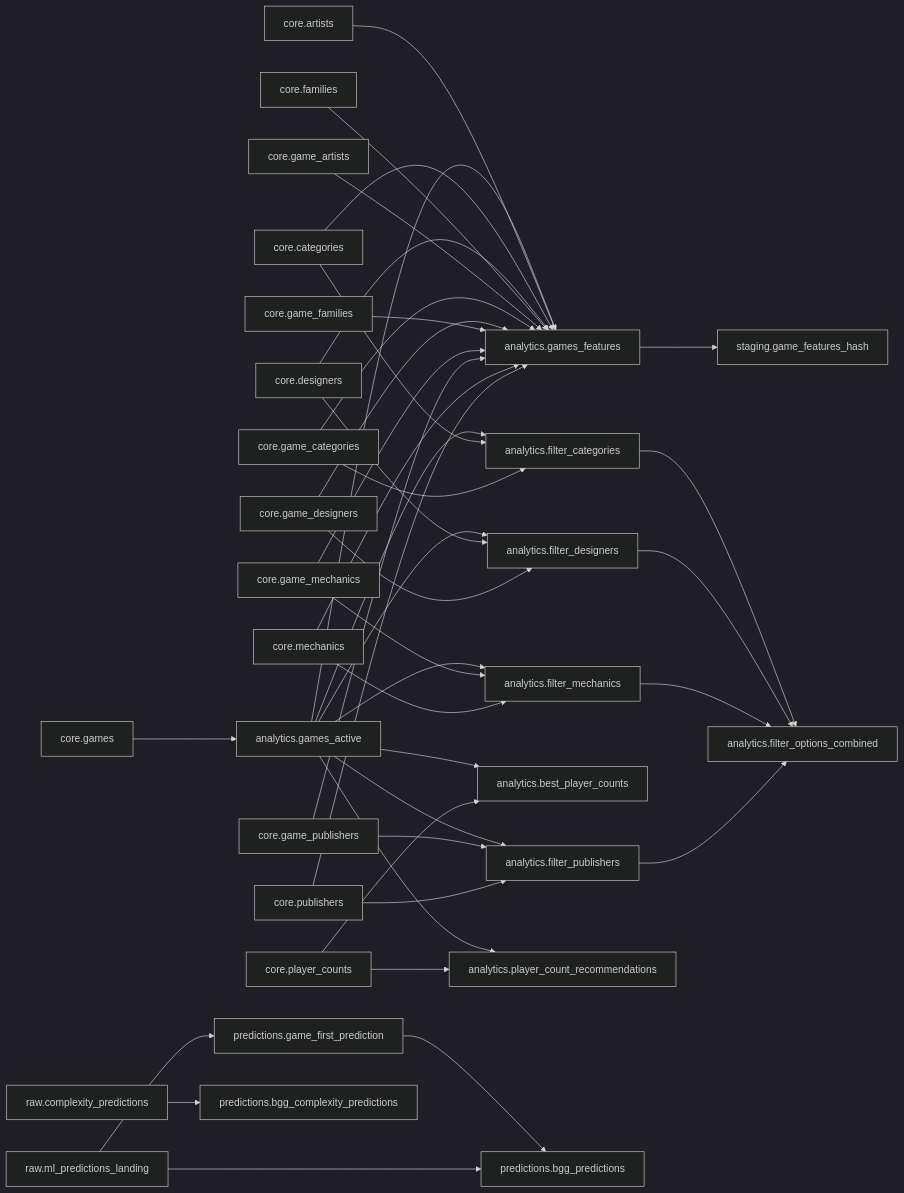
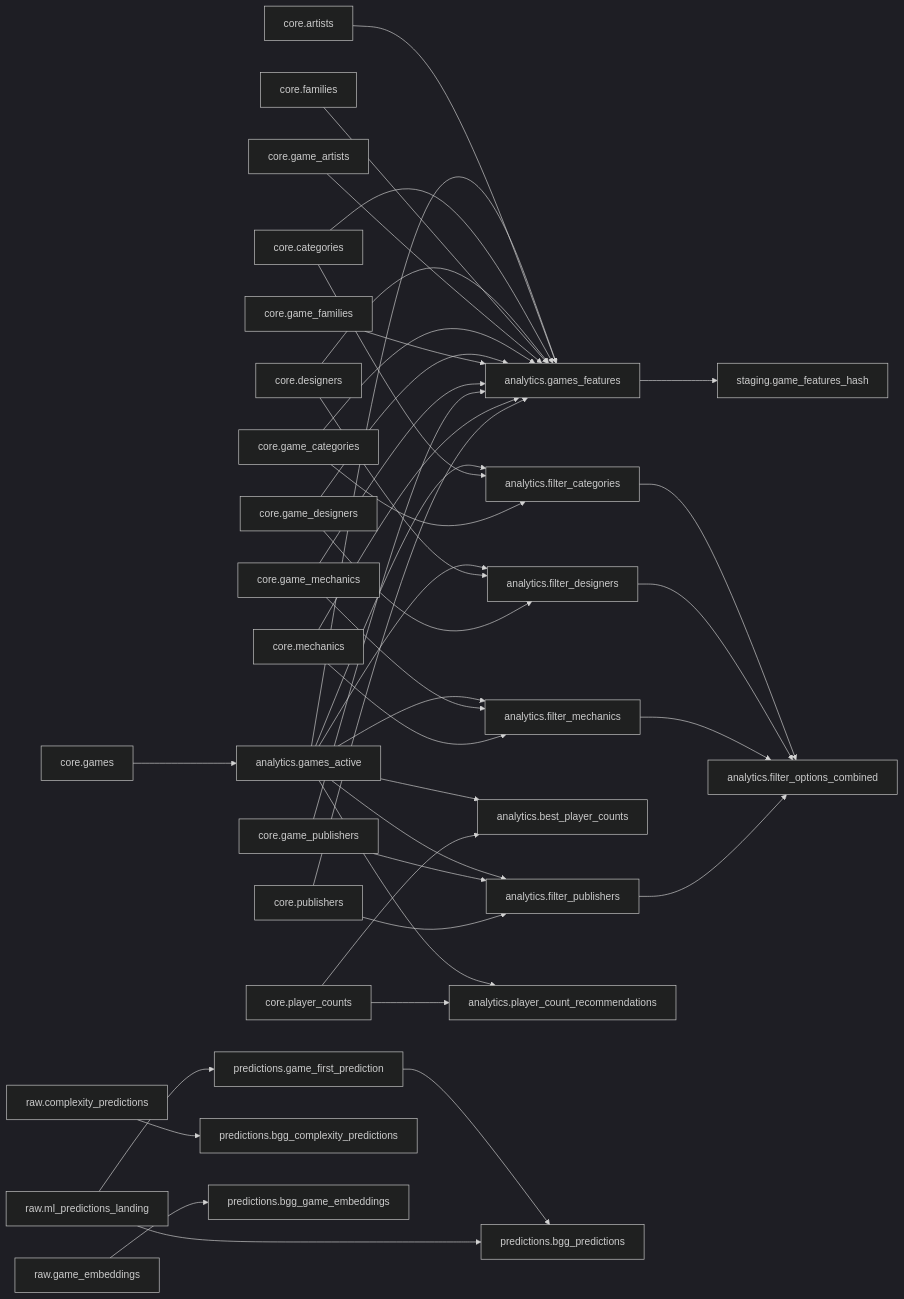
The diagram in docs/lineage.md (phenrickson/bgg-data-warehouse), drawn with Mermaid (dark theme) before and after one commit. The commit also changed 1 other file, not shown here.

Commit message:
Update Dataform lineage diagram [skip ci]

````diff
--- a/docs/lineage.md
+++ b/docs/lineage.md
@@ -3,42 +3,43 @@
 ```mermaid
 graph LR
     analytics__filter_categories["analytics.filter_categories"] --> analytics__filter_options_combined["analytics.filter_options_combined"]
     analytics__filter_designers["analytics.filter_designers"] --> analytics__filter_options_combined["analytics.filter_options_combined"]
     analytics__filter_mechanics["analytics.filter_mechanics"] --> analytics__filter_options_combined["analytics.filter_options_combined"]
     analytics__filter_publishers["analytics.filter_publishers"] --> analytics__filter_options_combined["analytics.filter_options_combined"]
     analytics__games_active["analytics.games_active"] --> analytics__best_player_counts["analytics.best_player_counts"]
     analytics__games_active["analytics.games_active"] --> analytics__filter_categories["analytics.filter_categories"]
     analytics__games_active["analytics.games_active"] --> analytics__filter_designers["analytics.filter_designers"]
     analytics__games_active["analytics.games_active"] --> analytics__filter_mechanics["analytics.filter_mechanics"]
     analytics__games_active["analytics.games_active"] --> analytics__filter_publishers["analytics.filter_publishers"]
     analytics__games_active["analytics.games_active"] --> analytics__games_features["analytics.games_features"]
     analytics__games_active["analytics.games_active"] --> analytics__player_count_recommendations["analytics.player_count_recommendations"]
     analytics__games_features["analytics.games_features"] --> staging__game_features_hash["staging.game_features_hash"]
     core__artists["core.artists"] --> analytics__games_features["analytics.games_features"]
     core__categories["core.categories"] --> analytics__filter_categories["analytics.filter_categories"]
     core__categories["core.categories"] --> analytics__games_features["analytics.games_features"]
     core__designers["core.designers"] --> analytics__filter_designers["analytics.filter_designers"]
     core__designers["core.designers"] --> analytics__games_features["analytics.games_features"]
     core__families["core.families"] --> analytics__games_features["analytics.games_features"]
     core__game_artists["core.game_artists"] --> analytics__games_features["analytics.games_features"]
     core__game_categories["core.game_categories"] --> analytics__filter_categories["analytics.filter_categories"]
     core__game_categories["core.game_categories"] --> analytics__games_features["analytics.games_features"]
     core__game_designers["core.game_designers"] --> analytics__filter_designers["analytics.filter_designers"]
     core__game_designers["core.game_designers"] --> analytics__games_features["analytics.games_features"]
     core__game_families["core.game_families"] --> analytics__games_features["analytics.games_features"]
     core__game_mechanics["core.game_mechanics"] --> analytics__filter_mechanics["analytics.filter_mechanics"]
     core__game_mechanics["core.game_mechanics"] --> analytics__games_features["analytics.games_features"]
     core__game_publishers["core.game_publishers"] --> analytics__filter_publishers["analytics.filter_publishers"]
     core__game_publishers["core.game_publishers"] --> analytics__games_features["analytics.games_features"]
     core__games["core.games"] --> analytics__games_active["analytics.games_active"]
     core__mechanics["core.mechanics"] --> analytics__filter_mechanics["analytics.filter_mechanics"]
     core__mechanics["core.mechanics"] --> analytics__games_features["analytics.games_features"]
     core__player_counts["core.player_counts"] --> analytics__best_player_counts["analytics.best_player_counts"]
     core__player_counts["core.player_counts"] --> analytics__player_count_recommendations["analytics.player_count_recommendations"]
     core__publishers["core.publishers"] --> analytics__filter_publishers["analytics.filter_publishers"]
     core__publishers["core.publishers"] --> analytics__games_features["analytics.games_features"]
     predictions__game_first_prediction["predictions.game_first_prediction"] --> predictions__bgg_predictions["predictions.bgg_predictions"]
     raw__complexity_predictions["raw.complexity_predictions"] --> predictions__bgg_complexity_predictions["predictions.bgg_complexity_predictions"]
+    raw__game_embeddings["raw.game_embeddings"] --> predictions__bgg_game_embeddings["predictions.bgg_game_embeddings"]
     raw__ml_predictions_landing["raw.ml_predictions_landing"] --> predictions__bgg_predictions["predictions.bgg_predictions"]
     raw__ml_predictions_landing["raw.ml_predictions_landing"] --> predictions__game_first_prediction["predictions.game_first_prediction"]
 ```
````
